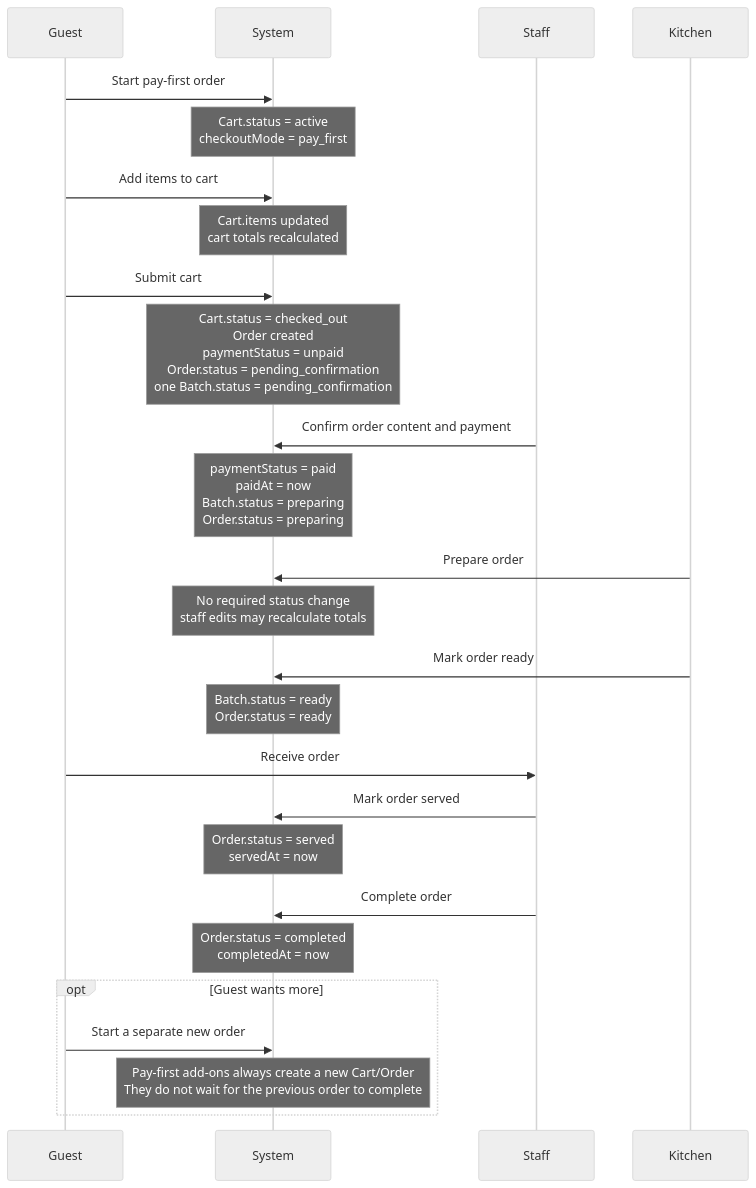
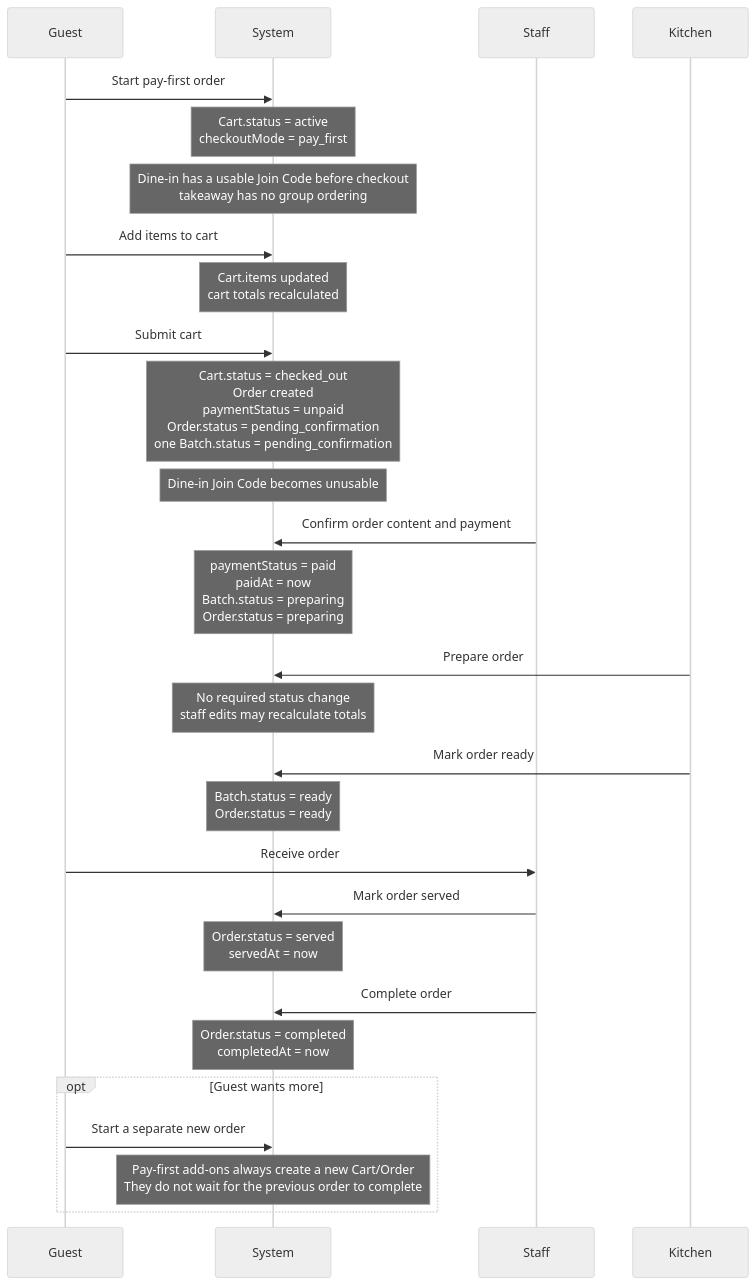
Before and after one commit to hyh009/ordering-platform: the second of 3 diagrams in docs/features/ordering-flow.md, drawn with Mermaid (neutral theme). The commit also changed other lines of this file and 3 other files, not shown here.

Commit message:
docs: define guest group ordering lifecycle

````diff
--- a/docs/features/ordering-flow.md
+++ b/docs/features/ordering-flow.md
@@ -43,37 +43,39 @@
 ```mermaid
 sequenceDiagram
   participant Guest
   participant System
   participant Staff
   participant Kitchen
 
   Guest->>System: Start pay-first order
   Note over System: Cart.status = active<br/>checkoutMode = pay_first
+  Note over System: Dine-in has a usable Join Code before checkout<br/>takeaway has no group ordering
 
   Guest->>System: Add items to cart
   Note over System: Cart.items updated<br/>cart totals recalculated
 
   Guest->>System: Submit cart
   Note over System: Cart.status = checked_out<br/>Order created<br/>paymentStatus = unpaid<br/>Order.status = pending_confirmation<br/>one Batch.status = pending_confirmation
+  Note over System: Dine-in Join Code becomes unusable
 
   Staff->>System: Confirm order content and payment
   Note over System: paymentStatus = paid<br/>paidAt = now<br/>Batch.status = preparing<br/>Order.status = preparing
 
   Kitchen->>System: Prepare order
   Note over System: No required status change<br/>staff edits may recalculate totals
 
   Kitchen->>System: Mark order ready
   Note over System: Batch.status = ready<br/>Order.status = ready
 
   Guest->>Staff: Receive order
   Staff->>System: Mark order served
   Note over System: Order.status = served<br/>servedAt = now
 
   Staff->>System: Complete order
   Note over System: Order.status = completed<br/>completedAt = now
 
   opt Guest wants more
     Guest->>System: Start a separate new order
     Note over System: Pay-first add-ons always create a new Cart/Order<br/>They do not wait for the previous order to complete
   end
 ```
````
